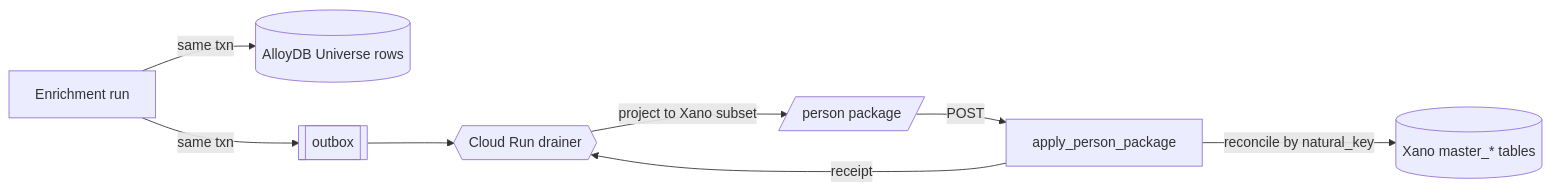
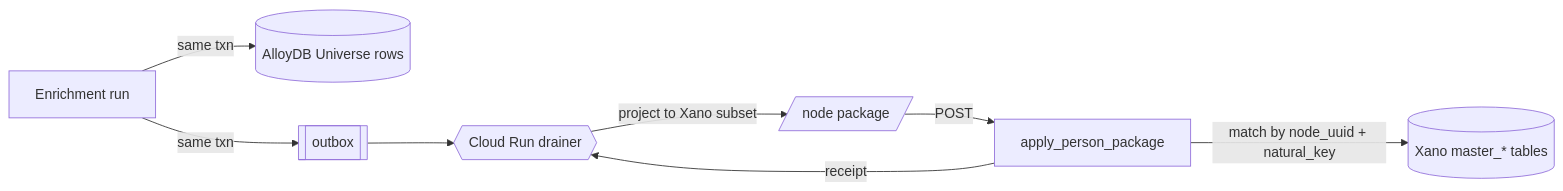
Before and after one commit to M-Pederson/docs: the diagram in guides/open-work/backend-refactor-tables.mdx, drawn with Mermaid. The commit also changed other lines of this file, not shown here.

````diff
--- a/guides/open-work/backend-refactor-tables.mdx
+++ b/guides/open-work/backend-refactor-tables.mdx
@@ -106,10 +148,10 @@
 ```mermaid
 flowchart LR
   A[Enrichment run] -->|same txn| B[(AlloyDB Universe rows)]
   A -->|same txn| O[[outbox]]
   O --> D{{Cloud Run drainer}}
-  D -->|project to Xano subset| P[/person package/]
+  D -->|project to Xano subset| P[/node package/]
   P -->|POST| E[apply_person_package]
-  E -->|reconcile by natural_key| X[(Xano master_* tables)]
+  E -->|match by node_uuid + natural_key| X[(Xano master_* tables)]
   E -->|receipt| D
 ```
````
